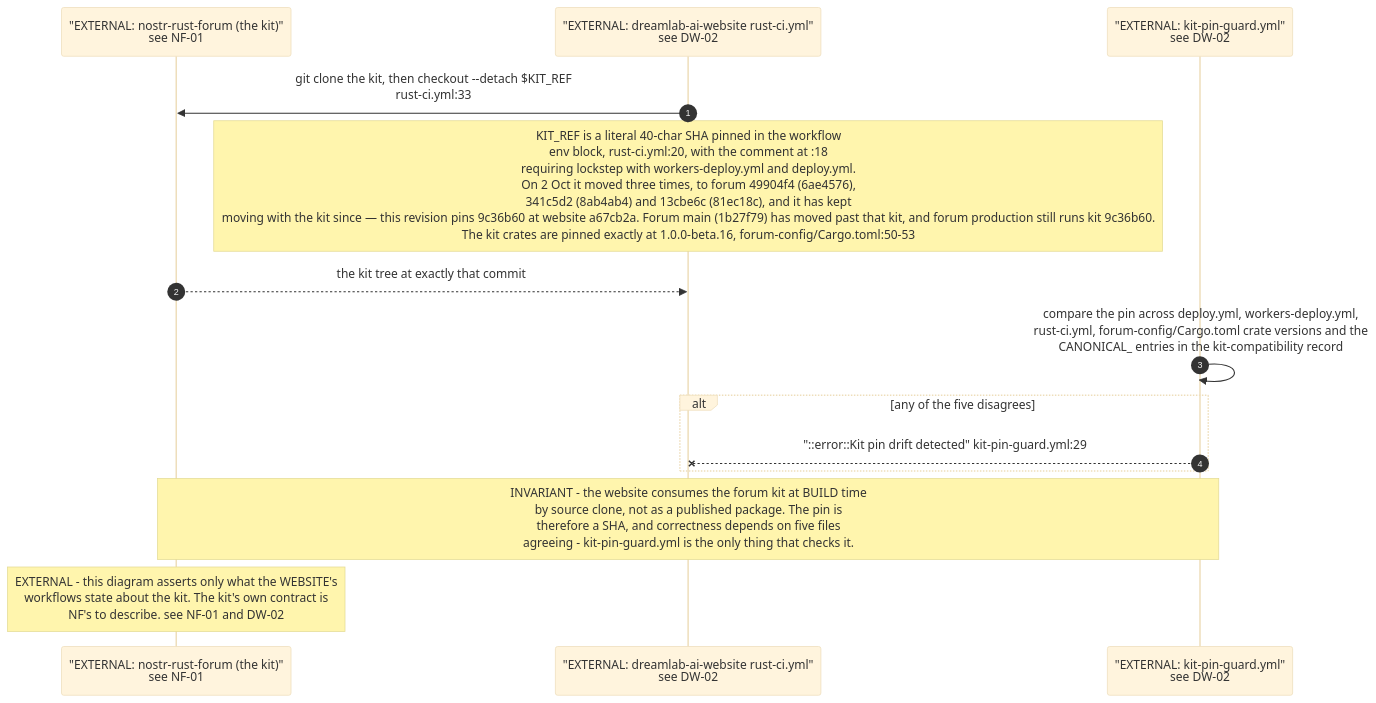
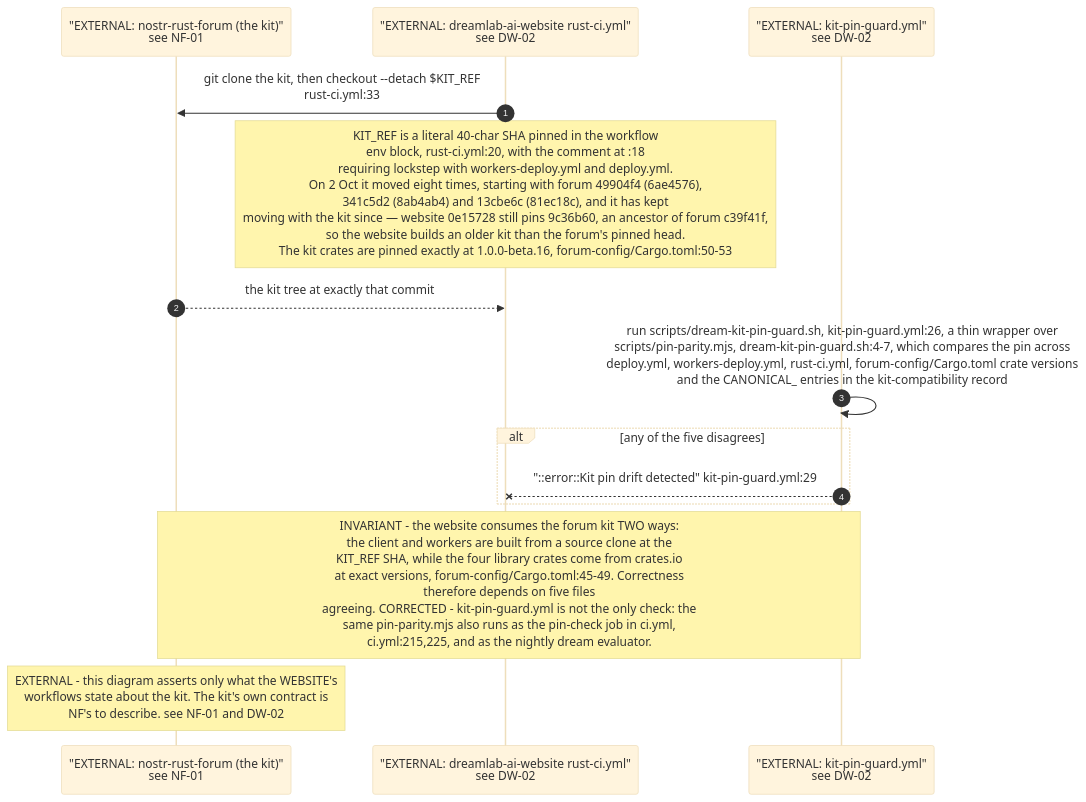
Before and after one commit to DreamLab-AI/VisionFlow: the fourth of 5 diagrams in docs/diagrams/estate/11-publishing-axis.md, drawn with Mermaid (base theme). The commit also changed other lines of this file and 91 other files, not shown here.

````diff
--- a/docs/diagrams/estate/11-publishing-axis.md
+++ b/docs/diagrams/estate/11-publishing-axis.md
@@ -121,17 +125,17 @@
 ```mermaid
 sequenceDiagram
     autonumber
     participant NF as "EXTERNAL: nostr-rust-forum (the kit)"<br/>see NF-01
     participant CI as "EXTERNAL: dreamlab-ai-website rust-ci.yml"<br/>see DW-02
     participant GUARD as "EXTERNAL: kit-pin-guard.yml"<br/>see DW-02
 
     CI->>NF: git clone the kit, then checkout --detach $KIT_REF<br/>rust-ci.yml:33
-    Note over CI: KIT_REF is a literal 40-char SHA pinned in the workflow<br/>env block, rust-ci.yml:20, with the comment at :18<br/>requiring lockstep with workers-deploy.yml and deploy.yml.<br/>On 2 Oct it moved three times, to forum 49904f4 (6ae4576),<br/>341c5d2 (8ab4ab4) and 13cbe6c (81ec18c), and it has kept<br/>moving with the kit since — this revision pins 9c36b60 at website a67cb2a. Forum main (1b27f79) has moved past that kit, and forum production still runs kit 9c36b60.<br/>The kit crates are pinned exactly at 1.0.0-beta.16, forum-config/Cargo.toml:50-53
+    Note over CI: KIT_REF is a literal 40-char SHA pinned in the workflow<br/>env block, rust-ci.yml:20, with the comment at :18<br/>requiring lockstep with workers-deploy.yml and deploy.yml.<br/>On 2 Oct it moved eight times, starting with forum 49904f4 (6ae4576),<br/>341c5d2 (8ab4ab4) and 13cbe6c (81ec18c), and it has kept<br/>moving with the kit since — website 0e15728 still pins 9c36b60, an ancestor of forum c39f41f,<br/>so the website builds an older kit than the forum's pinned head.<br/>The kit crates are pinned exactly at 1.0.0-beta.16, forum-config/Cargo.toml:50-53
     NF-->>CI: the kit tree at exactly that commit
-    GUARD->>GUARD: compare the pin across deploy.yml, workers-deploy.yml,<br/>rust-ci.yml, forum-config/Cargo.toml crate versions and the<br/>CANONICAL_ entries in the kit-compatibility record
+    GUARD->>GUARD: run scripts/dream-kit-pin-guard.sh, kit-pin-guard.yml:26, a thin wrapper over<br/>scripts/pin-parity.mjs, dream-kit-pin-guard.sh:4-7, which compares the pin across<br/>deploy.yml, workers-deploy.yml, rust-ci.yml, forum-config/Cargo.toml crate versions<br/>and the CANONICAL_ entries in the kit-compatibility record
     alt any of the five disagrees
         GUARD--xCI: "::error::Kit pin drift detected" kit-pin-guard.yml:29
     end
-    Note over NF,GUARD: INVARIANT - the website consumes the forum kit at BUILD time<br/>by source clone, not as a published package. The pin is<br/>therefore a SHA, and correctness depends on five files<br/>agreeing - kit-pin-guard.yml is the only thing that checks it.
+    Note over NF,GUARD: INVARIANT - the website consumes the forum kit TWO ways:<br/>the client and workers are built from a source clone at the<br/>KIT_REF SHA, while the four library crates come from crates.io<br/>at exact versions, forum-config/Cargo.toml:45-49. Correctness<br/>therefore depends on five files<br/>agreeing. CORRECTED - kit-pin-guard.yml is not the only check: the<br/>same pin-parity.mjs also runs as the pin-check job in ci.yml,<br/>ci.yml:215,225, and as the nightly dream evaluator.
     Note over NF: EXTERNAL - this diagram asserts only what the WEBSITE's<br/>workflows state about the kit. The kit's own contract is<br/>NF's to describe. see NF-01 and DW-02
 ```
````
